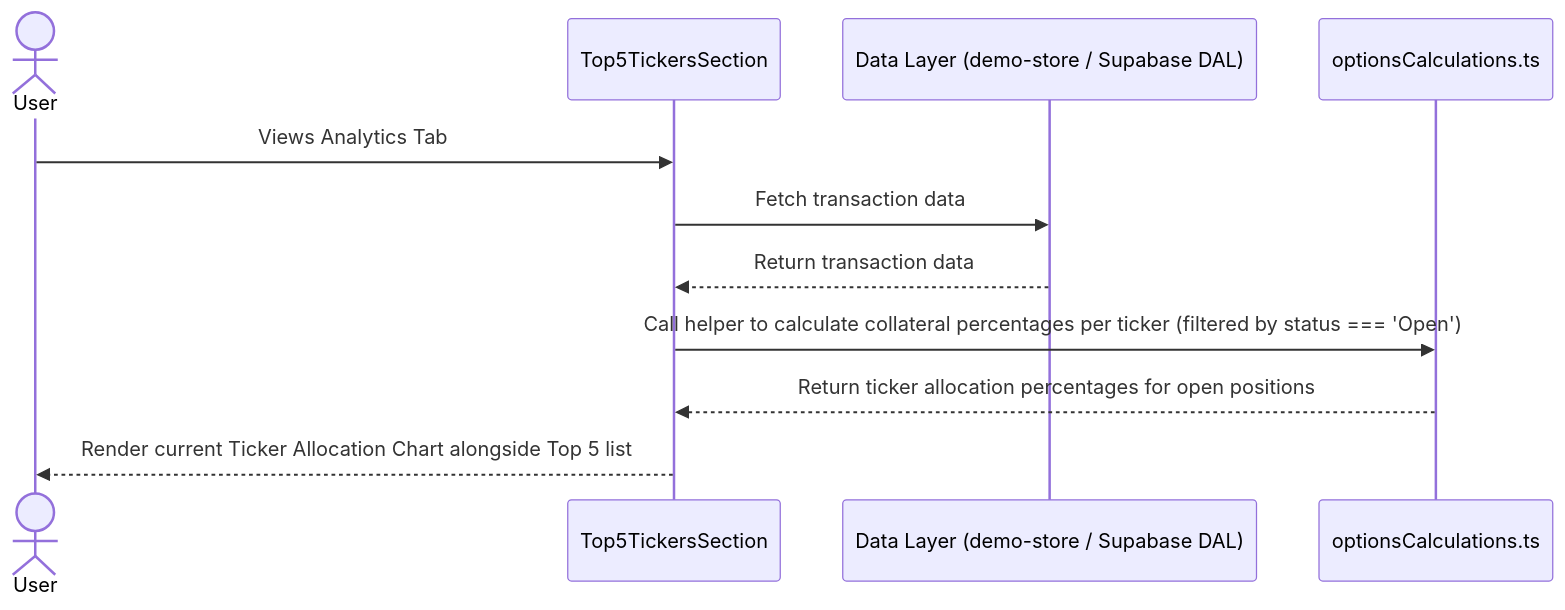
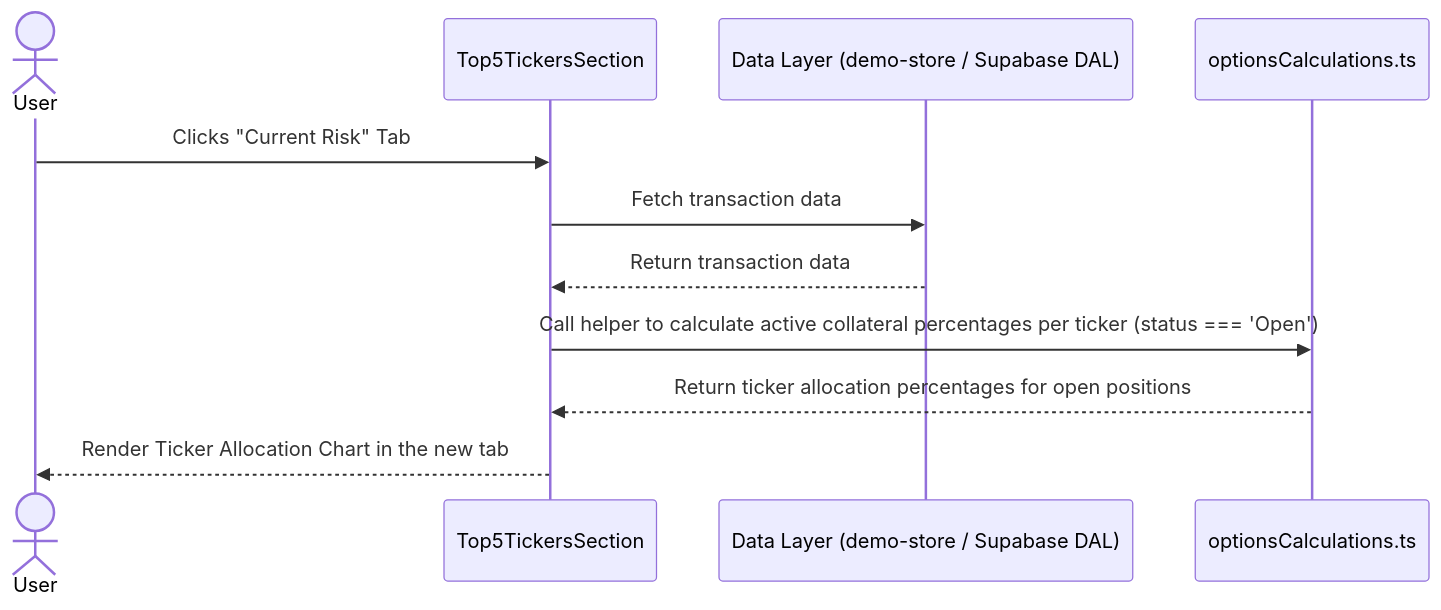
Before and after one commit to MankalMR/OptionsBookie: the diagram in options-bookie/.agent/strategist/2026-03-12-underlying-asset-exposure.md, drawn with Mermaid. The commit also changed other lines of this file, not shown here.

First line of the commit message:
feat(oracle): Draft feature ticket for Underlying Asset Exposure with Tab Restructuring

````diff
--- a/options-bookie/.agent/strategist/2026-03-12-underlying-asset-exposure.md
+++ b/options-bookie/.agent/strategist/2026-03-12-underlying-asset-exposure.md
@@ -46,14 +49,14 @@
 ```mermaid
 sequenceDiagram
     actor User
     participant UI as Top5TickersSection
     participant Store as Data Layer (demo-store / Supabase DAL)
     participant Utils as optionsCalculations.ts
 
-    User->>UI: Views Analytics Tab
+    User->>UI: Clicks "Current Risk" Tab
     UI->>Store: Fetch transaction data
     Store-->>UI: Return transaction data
-    UI->>Utils: Call helper to calculate collateral percentages per ticker (filtered by status === 'Open')
+    UI->>Utils: Call helper to calculate active collateral percentages per ticker (status === 'Open')
     Utils-->>UI: Return ticker allocation percentages for open positions
-    UI-->>User: Render current Ticker Allocation Chart alongside Top 5 list
+    UI-->>User: Render Ticker Allocation Chart in the new tab
 ```
````
